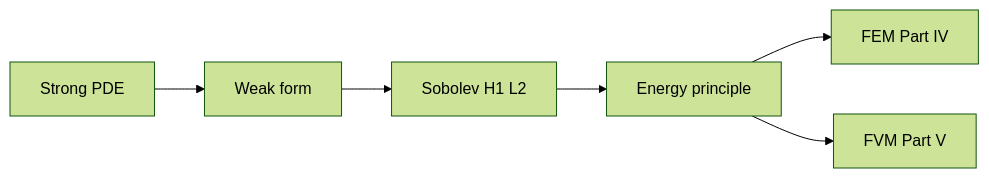
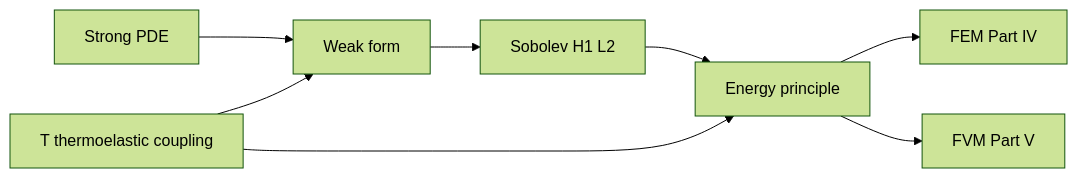
Before and after one commit to hanfengzhai/CompMechBook: the first of 2 diagrams in writings/pde/chapters/00-opening.md, drawn with Mermaid (forest theme). The commit also changed other lines of this file and 3 other files, not shown here.

First line of the commit message:
Expand Part III opening and III.1 concept map with thermoelastic coupling thread

````diff
--- a/writings/pde/chapters/00-opening.md
+++ b/writings/pde/chapters/00-opening.md
@@ -41,8 +43,10 @@
 ```mermaid
 flowchart LR
   S[Strong PDE] --> W[Weak form]
   W --> H[Sobolev H1 L2]
   H --> E[Energy principle]
   E --> FEM[FEM Part IV]
   E --> FVM[FVM Part V]
+  T[T thermoelastic coupling] --> W
+  T --> E
 ```
````
